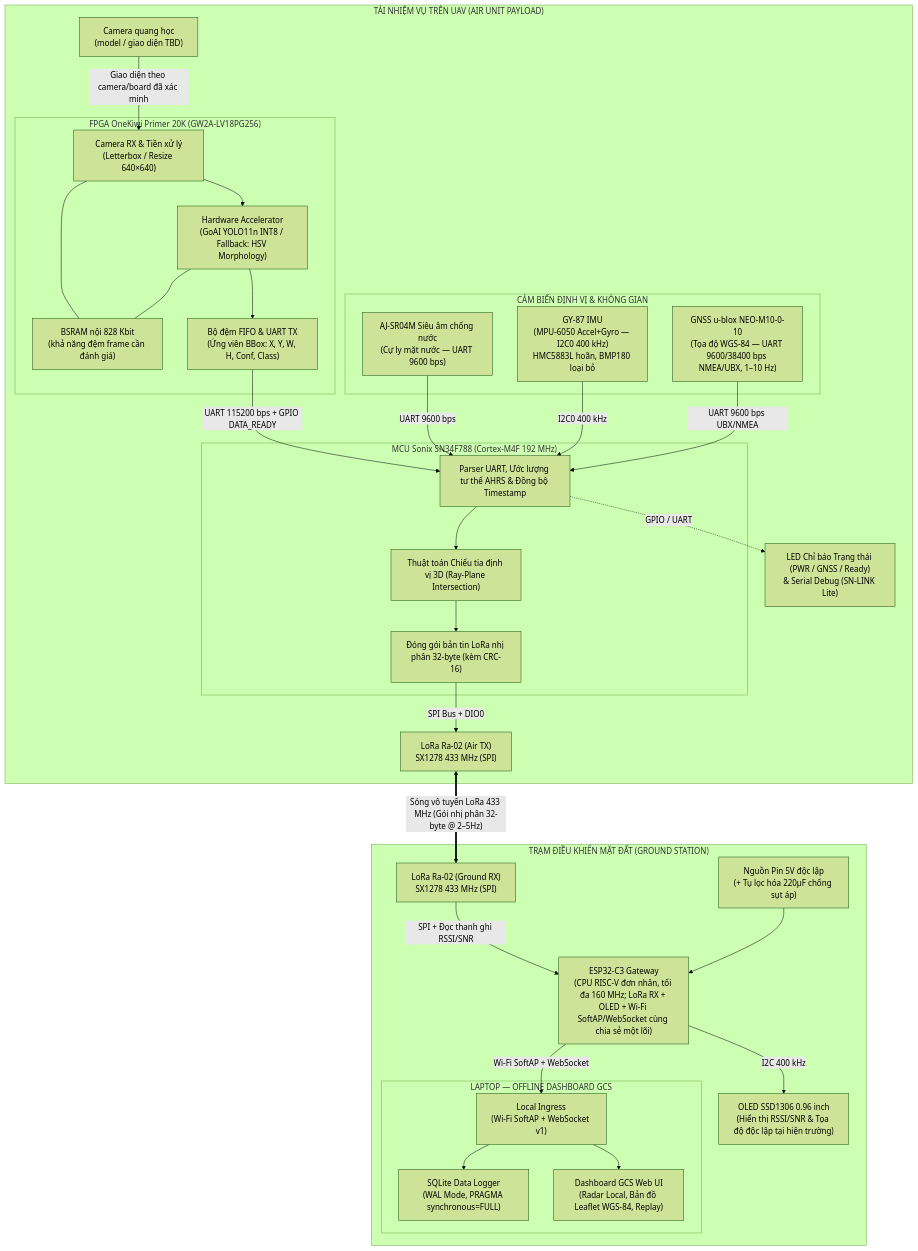
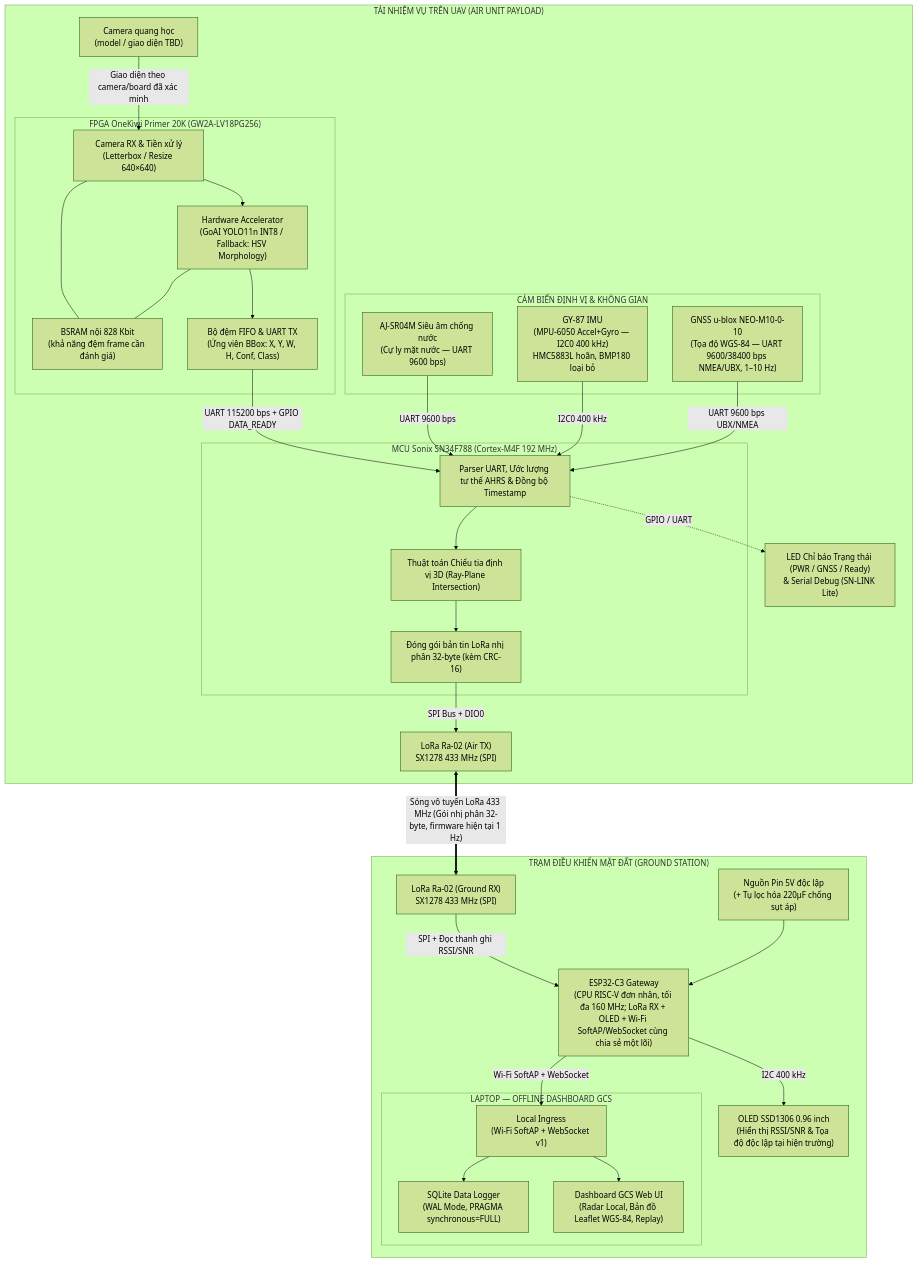
Before and after one commit to duyphong375/uav_payload: the diagram in docs/architecture/KVC_ThietKeHeThong.md, drawn with Mermaid (forest theme). The commit also changed other lines of this file and 98 other files, not shown here.

````diff
--- a/docs/architecture/KVC_ThietKeHeThong.md
+++ b/docs/architecture/KVC_ThietKeHeThong.md
@@ -87,59 +87,59 @@
 ```mermaid
 flowchart TB
     subgraph AIR["TẢI NHIỆM VỤ TRÊN UAV (AIR UNIT PAYLOAD)"]
         CAM["Camera quang học<br/>(model / giao diện TBD)"]
         subgraph FPGA_BOX["FPGA OneKiwi Primer 20K (GW2A-LV18PG256)"]
             RX["Camera RX & Tiền xử lý<br/>(Letterbox / Resize 640×640)"]
             MEM["BSRAM nội 828 Kbit<br/>(khả năng đệm frame cần đánh giá)"]
             AI["Hardware Accelerator<br/>(GoAI YOLO11n INT8 / Fallback: HSV Morphology)"]
             TX["Bộ đệm FIFO & UART TX<br/>(Ứng viên BBox: X, Y, W, H, Conf, Class)"]
             RX --- MEM
             RX --> AI
             AI --- MEM
             AI --> TX
         end
         subgraph MCU_AIR["MCU Sonix SN34F788 (Cortex-M4F 192 MHz)"]
             FUSION["Parser UART, Ước lượng tư thế AHRS & Đồng bộ Timestamp"]
             GEOREF["Thuật toán Chiếu tia định vị 3D (Ray-Plane Intersection)"]
             PACKET["Đóng gói bản tin LoRa nhị phân 32-byte (kèm CRC-16)"]
             FUSION --> GEOREF --> PACKET
         end
         subgraph SENSORS["CẢM BIẾN ĐỊNH VỊ & KHÔNG GIAN"]
             ULTRASONIC["AJ-SR04M Siêu âm chống nước<br/>(Cự ly mặt nước — UART 9600 bps)"]
             IMU["GY-87 IMU<br/>(MPU-6050 Accel+Gyro — I2C0 400 kHz)<br/>HMC5883L hoãn, BMP180 loại bỏ"]
             GNSS["GNSS u-blox NEO-M10-0-10<br/>(Tọa độ WGS-84 — UART 9600/38400 bps NMEA/UBX, 1–10 Hz)"]
         end
         RF1["LoRa Ra-02 (Air TX)<br/>SX1278 433 MHz (SPI)"]
         LED_STATUS["LED Chỉ báo Trạng thái (PWR / GNSS / Ready)<br/>& Serial Debug (SN-LINK Lite)"]
 
         CAM -->|Giao diện theo camera/board đã xác minh| RX
         TX -->|UART 115200 bps + GPIO DATA_READY| FUSION
         ULTRASONIC -->|UART 9600 bps| FUSION
         IMU -->|I2C0 400 kHz| FUSION
         GNSS -->|UART 9600 bps UBX/NMEA| FUSION
         PACKET -->|SPI Bus + DIO0| RF1
         FUSION -.->|GPIO / UART| LED_STATUS
     end
 
     subgraph GROUND["TRẠM ĐIỀU KHIỂN MẶT ĐẤT (GROUND STATION)"]
         RF2["LoRa Ra-02 (Ground RX)<br/>SX1278 433 MHz (SPI)"]
         MCU_GND["ESP32-C3 Gateway<br/>(CPU RISC-V đơn nhân, tối đa 160 MHz; LoRa RX + OLED + Wi-Fi SoftAP/WebSocket cùng chia sẻ một lõi)"]
         OLED_GND["OLED SSD1306 0.96 inch<br/>(Hiển thị RSSI/SNR & Tọa độ độc lập tại hiện trường)"]
         PWR["Nguồn Pin 5V độc lập<br/>(+ Tụ lọc hóa 220µF chống sụt áp)"]
 
         subgraph PC["LAPTOP — OFFLINE DASHBOARD GCS"]
             INGRESS["Local Ingress<br/>(Wi-Fi SoftAP + WebSocket v1)"]
             DB["SQLite Data Logger<br/>(WAL Mode, PRAGMA synchronous=FULL)"]
             UI["Dashboard GCS Web UI<br/>(Radar Local, Bản đồ Leaflet WGS-84, Replay)"]
             INGRESS --> DB
             INGRESS --> UI
         end
 
         RF2 -->|SPI + Đọc thanh ghi RSSI/SNR| MCU_GND
         PWR --> MCU_GND
         MCU_GND -->|I2C 400 kHz| OLED_GND
         MCU_GND -->|Wi-Fi SoftAP + WebSocket| INGRESS
     end
 
-    RF1 <==>|"Sóng vô tuyến LoRa 433 MHz (Gói nhị phân 32-byte @ 2–5Hz)"| RF2
+    RF1 <==>|"Sóng vô tuyến LoRa 433 MHz (Gói nhị phân 32-byte, firmware hiện tại 1 Hz)"| RF2
 ```
````
